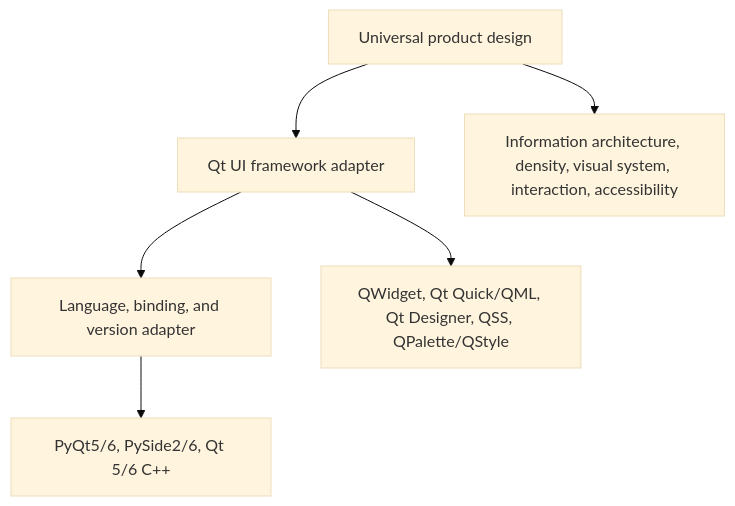
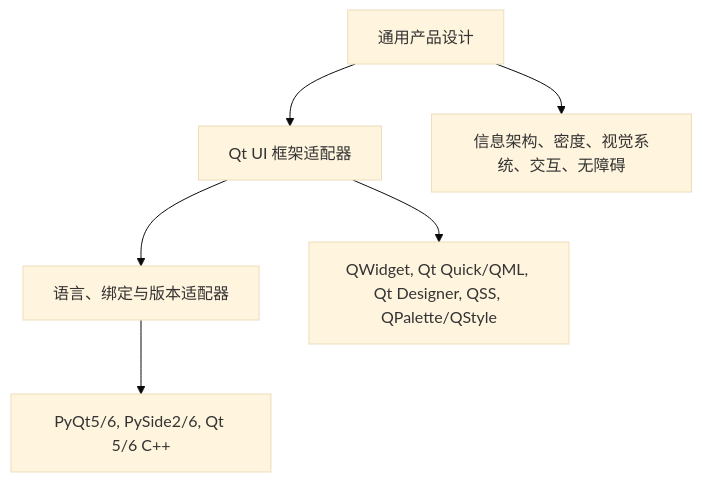
The diagram in README.md (zxzvsdcj/qt-ui-engineering), drawn with Mermaid (base theme) before and after one commit. The commit also changed other lines of this file and 1 other file, not shown here.

````diff
--- a/README.md
+++ b/README.md
@@ -9,8 +11,8 @@
 ```mermaid
 flowchart TD
-    A["Universal product design"] --> B["Qt UI framework adapter"]
-    B --> C["Language, binding, and version adapter"]
-    A --> A1["Information architecture, density, visual system, interaction, accessibility"]
+    A["通用产品设计"] --> B["Qt UI 框架适配器"]
+    B --> C["语言、绑定与版本适配器"]
+    A --> A1["信息架构、密度、视觉系统、交互、无障碍"]
     B --> B1["QWidget, Qt Quick/QML, Qt Designer, QSS, QPalette/QStyle"]
     C --> C1["PyQt5/6, PySide2/6, Qt 5/6 C++"]
 ```
````
